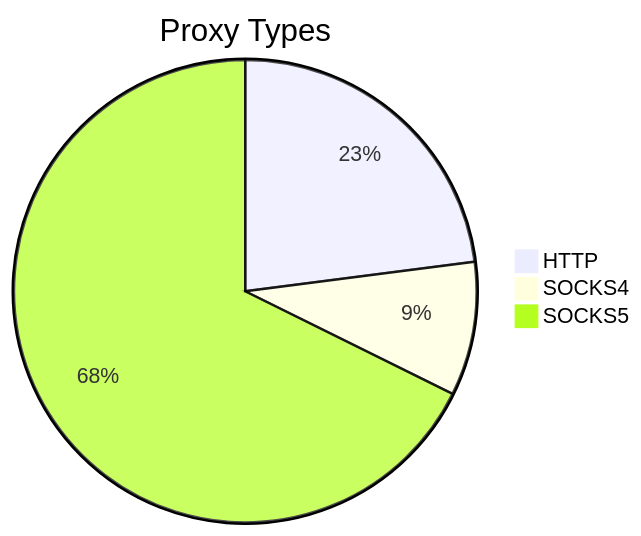
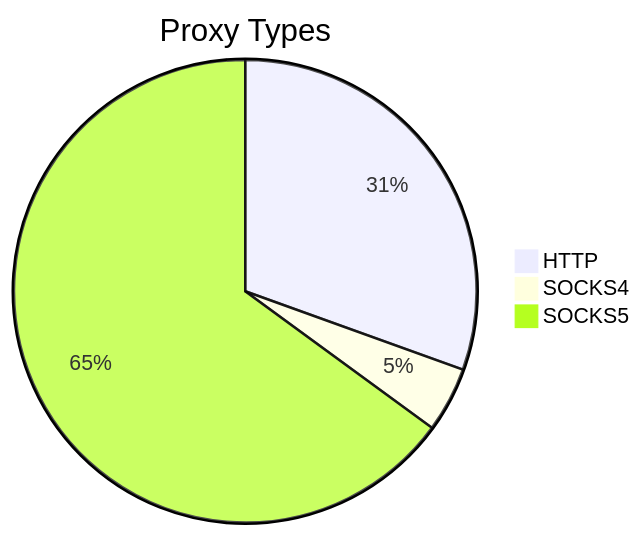
The first of 2 diagrams in README.md (stormsia/proxy-list), drawn with Mermaid before and after one commit. The commit also changed other lines of this file, not shown here.

````diff
--- a/README.md
+++ b/README.md
@@ -21,6 +21,6 @@
 ```mermaid
 pie title Proxy Types
-    "HTTP" : 135
-    "SOCKS4" : 55
-    "SOCKS5" : 398
+    "HTTP" : 201
+    "SOCKS4" : 30
+    "SOCKS5" : 428
 ```
````
